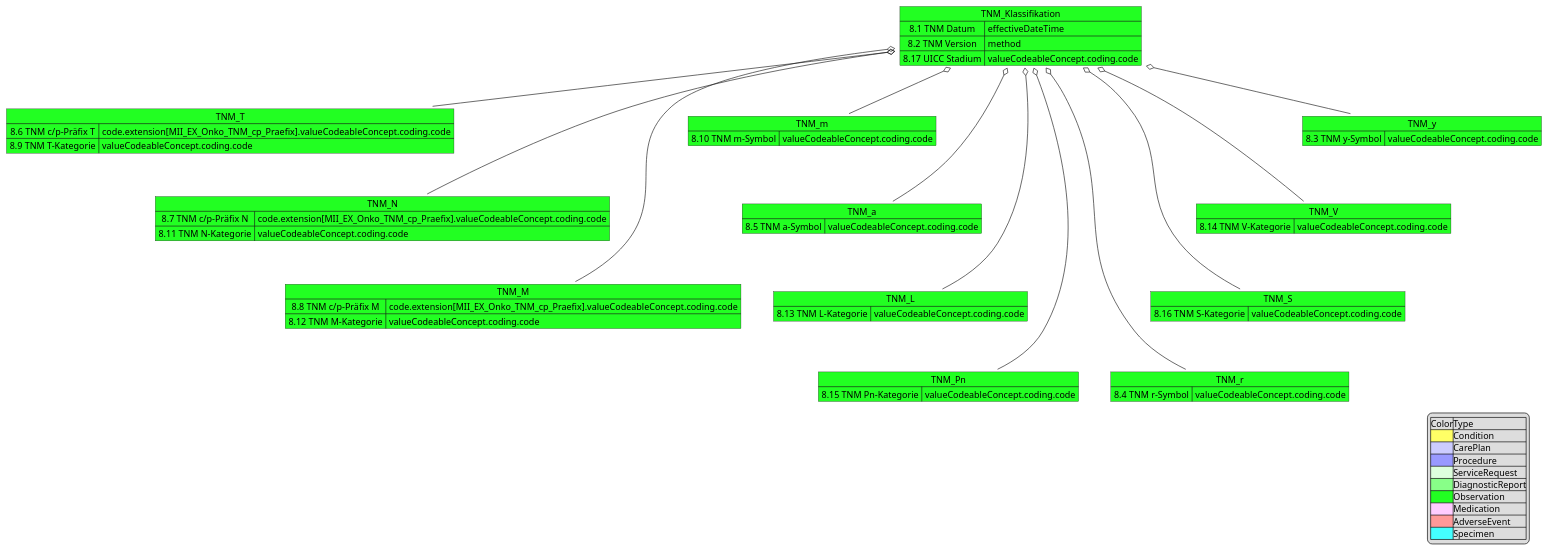
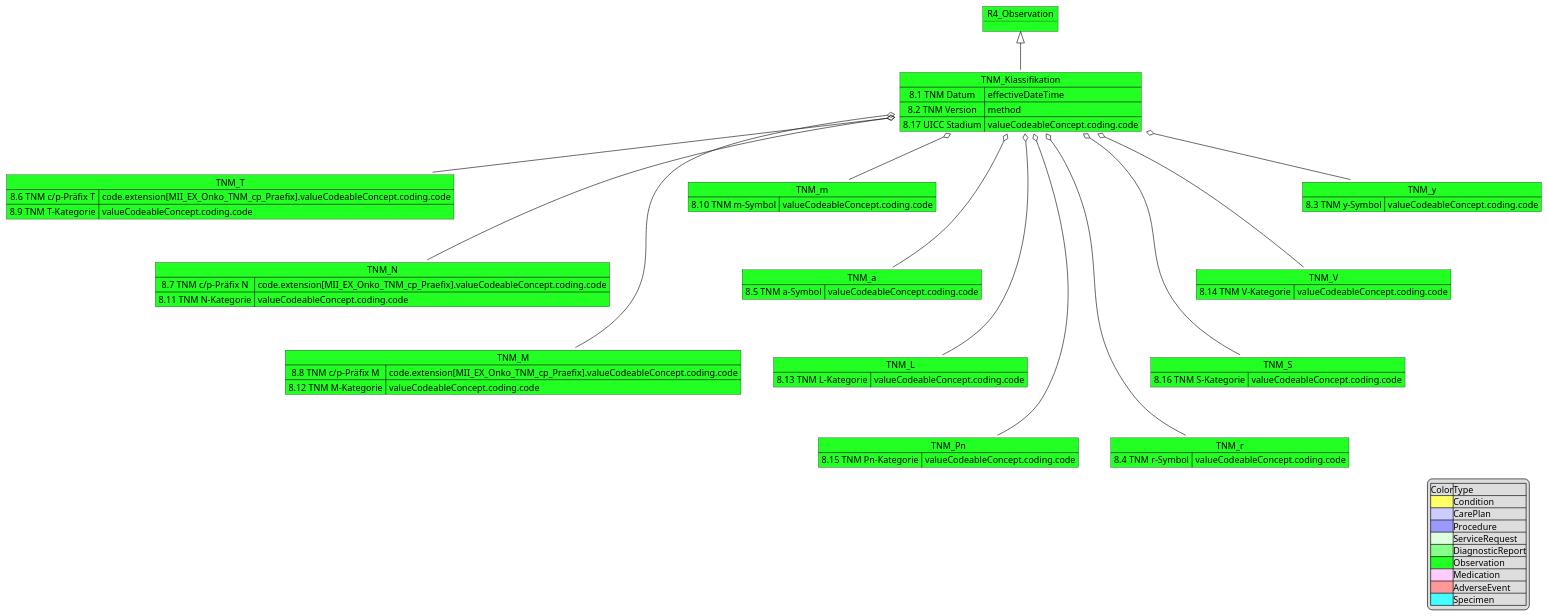
Before and after one commit to medizininformatik-initiative/kerndatensatzmodul-onkologie: the diagram in input/images-source/MII_Onko_08_TNM.pu, drawn with PlantUML.

Commit message:
added R4 observation to tnm slide

```diff
--- a/input/images-source/MII_Onko_08_TNM.pu
+++ b/input/images-source/MII_Onko_08_TNM.pu
@@ -1,71 +1,74 @@
 @startuml MII_Onko_08_TNM
+object R4_Observation #22FF22
+
 Map TNM_Klassifikation #22FF22 {
   8.1 TNM Datum  => effectiveDateTime 
   8.2 TNM Version =>method 
   8.17 UICC Stadium => valueCodeableConcept.coding.code
 }
-   
+R4_Observation <|-down- TNM_Klassifikation
+
 Map TNM_T #22FF22{
     8.6 TNM c/p-Präfix T => code.extension[MII_EX_Onko_TNM_cp_Praefix].valueCodeableConcept.coding.code
     8.9 TNM T-Kategorie => valueCodeableConcept.coding.code
    }
 
 TNM_Klassifikation o-- TNM_T
 Map TNM_N #22FF22{
     8.7 TNM c/p-Präfix N => code.extension[MII_EX_Onko_TNM_cp_Praefix].valueCodeableConcept.coding.code
     8.11 TNM N-Kategorie => valueCodeableConcept.coding.code
    }
 TNM_Klassifikation o--- TNM_N
 Map TNM_M #22FF22{
     8.8 TNM c/p-Präfix M => code.extension[MII_EX_Onko_TNM_cp_Praefix].valueCodeableConcept.coding.code
     8.12 TNM M-Kategorie => valueCodeableConcept.coding.code
    }
 TNM_Klassifikation o---- TNM_M
 Map TNM_m #22FF22{
     8.10 TNM m-Symbol => valueCodeableConcept.coding.code
 }
 TNM_Klassifikation o-- TNM_m
 Map TNM_a #22FF22{
     8.5 TNM a-Symbol => valueCodeableConcept.coding.code
 }
 TNM_Klassifikation o--- TNM_a
 Map TNM_L #22FF22{
     8.13 TNM L-Kategorie => valueCodeableConcept.coding.code
 }
 TNM_Klassifikation o---- TNM_L
 Map TNM_Pn #22FF22{
     8.15 TNM Pn-Kategorie => valueCodeableConcept.coding.code
 }
 TNM_Klassifikation o----- TNM_Pn
 Map TNM_r #22FF22{
     8.4 TNM r-Symbol => valueCodeableConcept.coding.code
 }
 TNM_Klassifikation o----- TNM_r
 Map TNM_S #22FF22{
     8.16 TNM S-Kategorie => valueCodeableConcept.coding.code
 }
 TNM_Klassifikation o---- TNM_S
 Map TNM_V #22FF22{
     8.14 TNM V-Kategorie => valueCodeableConcept.coding.code
 }
 TNM_Klassifikation o--- TNM_V
 Map TNM_y #22FF22{
     8.3 TNM y-Symbol => valueCodeableConcept.coding.code
 }
 TNM_Klassifikation o-- TNM_y
 
 legend right 
 |Color|Type|
 |<#FFFF66>|Condition|
 |<#CCCCFF>|CarePlan|
 |<#9999FF>|Procedure|
 |<#DDFFDD>|ServiceRequest|
 |<#88FF88>|DiagnosticReport|
 |<#22FF22>|Observation|
 |<#FFCCFF>|Medication|
 |<#FF9999>|AdverseEvent|
 |<#44FFFF>|Specimen|
 endlegend
 
 
 @enduml
```
